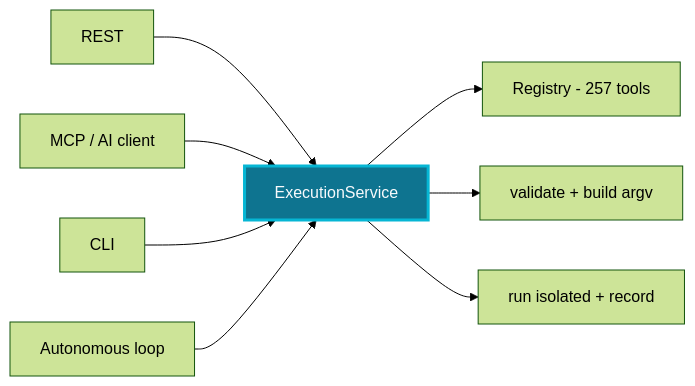
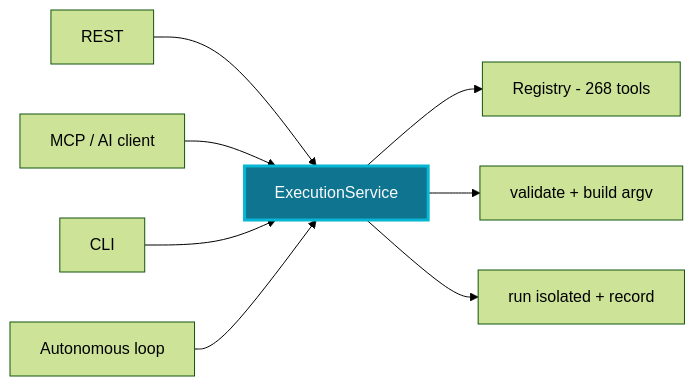
One commit to Arseno25/nexhunter changed the diagram in README.md. Above: the diagram before and after it, drawn with Mermaid (forest theme). The commit also changed other lines of this file and 37 other files, not shown here.

First line of the commit message:
refactor(tools): split registry into per-category package, add auth category

````diff
--- a/README.md
+++ b/README.md
@@ -55,11 +55,11 @@
 ```mermaid
 flowchart LR
     A[REST] --> E[ExecutionService]
     B[MCP / AI client] --> E
     C[CLI] --> E
     D[Autonomous loop] --> E
-    E --> R[Registry - 257 tools]
+    E --> R[Registry - 268 tools]
     E --> G[validate + build argv]
     E --> S[run isolated + record]
     style E fill:#0e7490,stroke:#06b6d4,stroke-width:3px,color:#f8fafc
 ```
````
